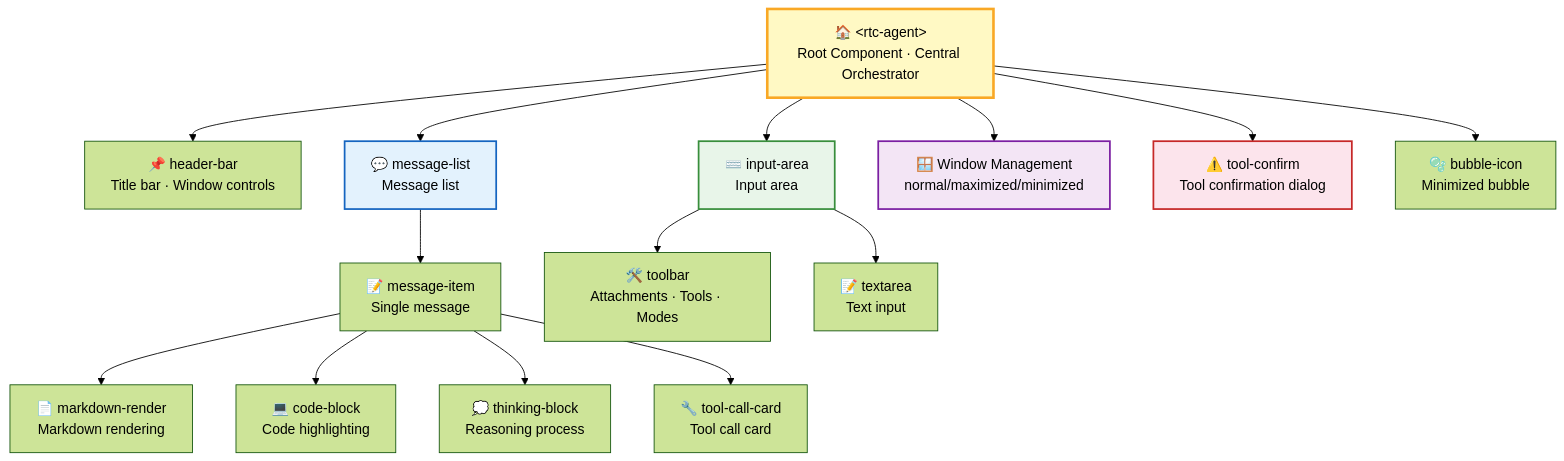
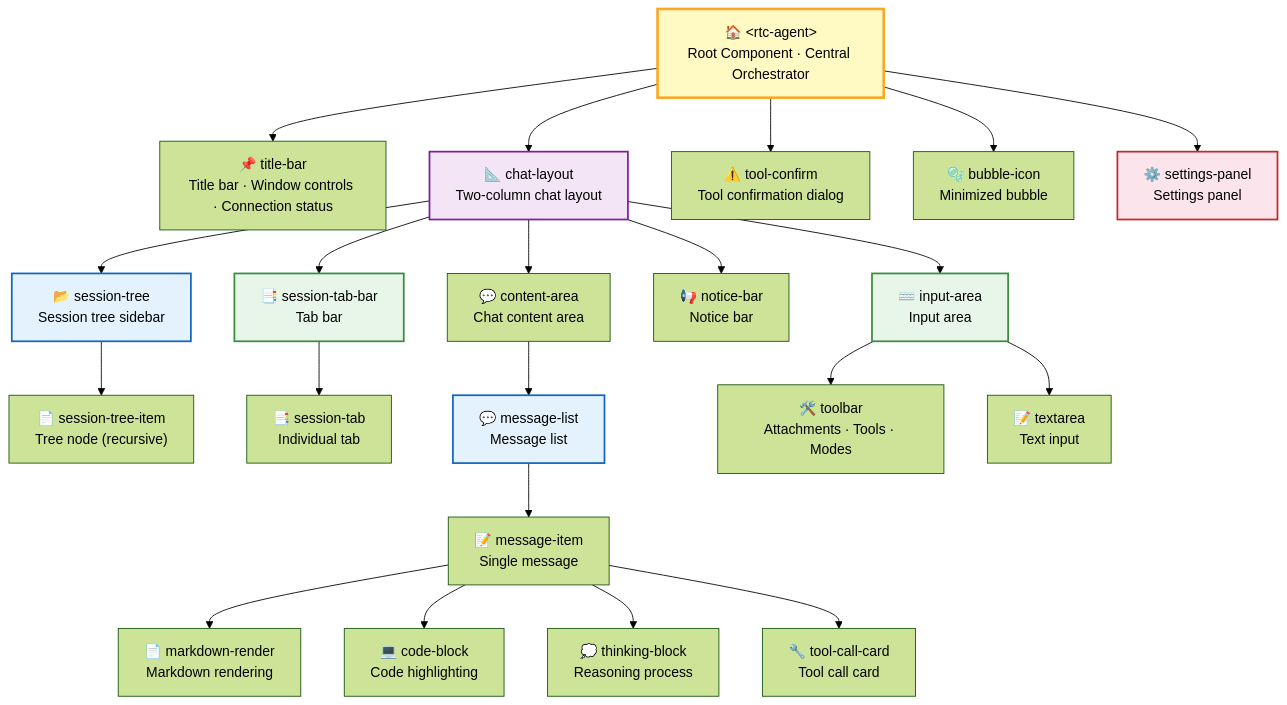
One commit to rtc-agent/docs changed the first of 9 diagrams in src/content/docs/en/architecture/frontend.md. Above: the diagram before and after it, drawn with Mermaid (forest theme). The commit also changed other lines of this file and 35 other files, not shown here.

````diff
--- a/src/content/docs/en/architecture/frontend.md
+++ b/src/content/docs/en/architecture/frontend.md
@@ -10,27 +10,39 @@
 ```mermaid
 flowchart TD
     ROOT["🏠 &lt;rtc-agent&gt;<br/>Root Component · Central Orchestrator"]
 
-    ROOT --> HEADER["📌 header-bar<br/>Title bar · Window controls"]
-    ROOT --> MSG["💬 message-list<br/>Message list"]
-    ROOT --> INPUT["⌨️ input-area<br/>Input area"]
-    ROOT --> WIN["🪟 Window Management<br/>normal/maximized/minimized"]
+    ROOT --> HEADER["📌 title-bar<br/>Title bar · Window controls · Connection status"]
+    ROOT --> LAYOUT["📐 chat-layout<br/>Two-column chat layout"]
 
+    LAYOUT --> TREE["📂 session-tree<br/>Session tree sidebar"]
+    TREE --> TREEITEM["📄 session-tree-item<br/>Tree node (recursive)"]
+
+    LAYOUT --> TABBAR["📑 session-tab-bar<br/>Tab bar"]
+    TABBAR --> TAB["📑 session-tab<br/>Individual tab"]
+
+    LAYOUT --> CONTENT["💬 content-area<br/>Chat content area"]
+    LAYOUT --> NOTICE["📢 notice-bar<br/>Notice bar"]
+    LAYOUT --> INPUT["⌨️ input-area<br/>Input area"]
+
+    CONTENT --> MSG["💬 message-list<br/>Message list"]
     MSG --> MSGITEM["📝 message-item<br/>Single message"]
     MSGITEM --> MD["📄 markdown-render<br/>Markdown rendering"]
     MSGITEM --> CODE["💻 code-block<br/>Code highlighting"]
     MSGITEM --> THINK["💭 thinking-block<br/>Reasoning process"]
     MSGITEM --> TOOL["🔧 tool-call-card<br/>Tool call card"]
 
     INPUT --> TOOLBAR["🛠️ toolbar<br/>Attachments · Tools · Modes"]
     INPUT --> TA["📝 textarea<br/>Text input"]
 
     ROOT --> CONFIRM["⚠️ tool-confirm<br/>Tool confirmation dialog"]
     ROOT --> BUBBLE["🫧 bubble-icon<br/>Minimized bubble"]
+    ROOT --> SETTINGS_PANEL["⚙️ settings-panel<br/>Settings panel"]
 
     style ROOT fill:#fff9c4,stroke:#f9a825,stroke-width:3px
+    style LAYOUT fill:#f3e5f5,stroke:#7b1fa2,stroke-width:2px
+    style TREE fill:#e3f2fd,stroke:#1565c0,stroke-width:2px
+    style TABBAR fill:#e8f5e9,stroke:#388e3c,stroke-width:2px
     style MSG fill:#e3f2fd,stroke:#1565c0,stroke-width:2px
     style INPUT fill:#e8f5e9,stroke:#388e3c,stroke-width:2px
-    style WIN fill:#f3e5f5,stroke:#7b1fa2,stroke-width:2px
-    style CONFIRM fill:#fce4ec,stroke:#c62828,stroke-width:2px
+    style SETTINGS_PANEL fill:#fce4ec,stroke:#c62828,stroke-width:2px
 ```
````
